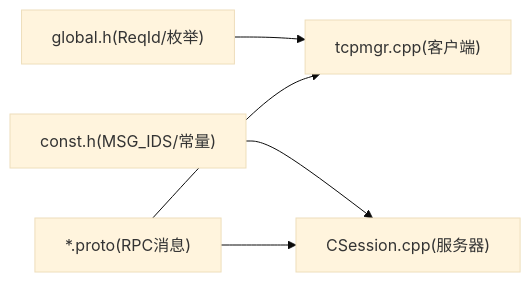
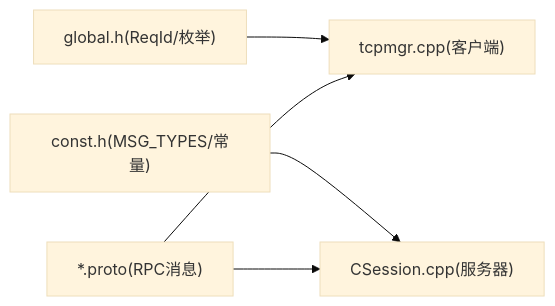
One commit to echo9923/mychatter changed diagram 11 of 11 in .qoder/repowiki/zh/content/API参考/消息协议格式.md. Above: the diagram before and after it, drawn with Mermaid (base theme). The commit also changed other lines of this file and 128 other files, not shown here.

````diff
--- a/.qoder/repowiki/zh/content/API参考/消息协议格式.md
+++ b/.qoder/repowiki/zh/content/API参考/消息协议格式.md
@@ -395,7 +395,7 @@
 ```mermaid
 graph LR
 Global["global.h(ReqId/枚举)"] --> Client["tcpmgr.cpp(客户端)"]
-Const["const.h(MSG_IDS/常量)"] --> Server["CSession.cpp(服务器)"]
+Const["const.h(MSG_TYPES/常量)"] --> Server["CSession.cpp(服务器)"]
 Proto["*.proto(RPC消息)"] --> Server
 Proto --> Client
 ```
````
